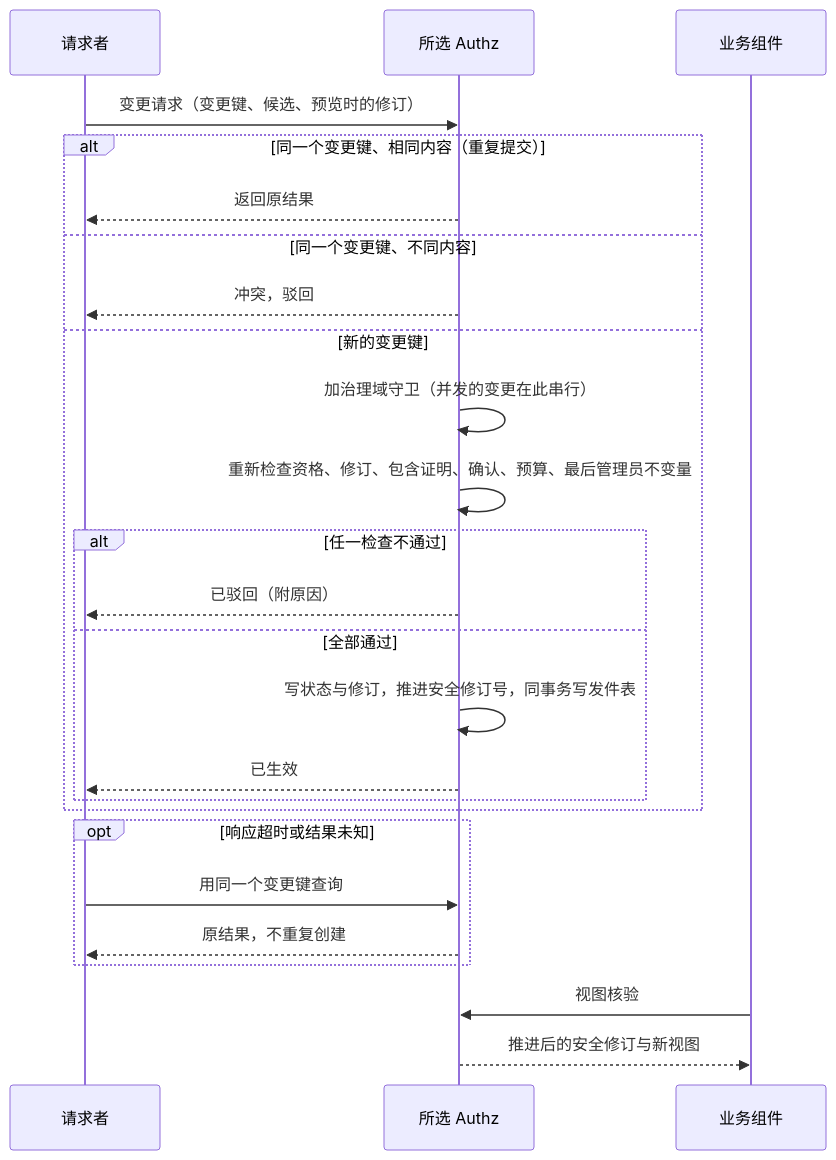
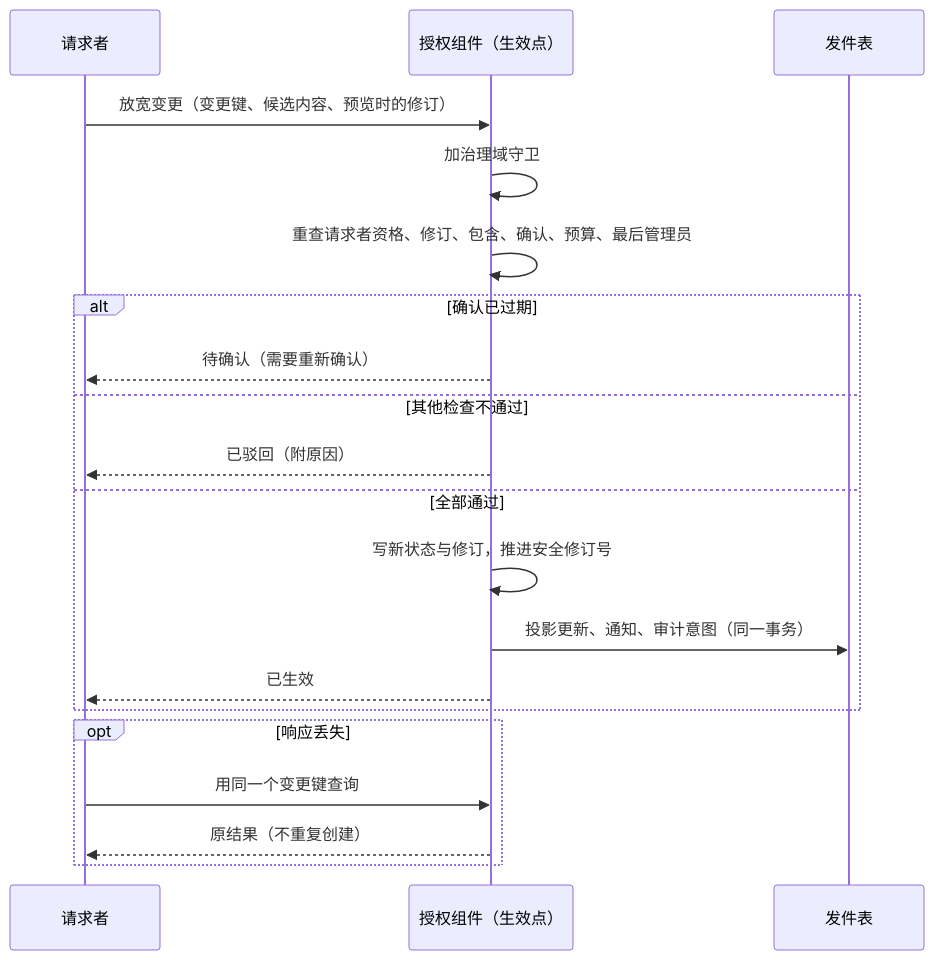
One commit to brickKit/be-assembly-standard changed the first of 2 diagrams in tempDocs/final/06-protocols/security/08-state-and-change-protocol.md. Above: the diagram before and after it, drawn with Mermaid. The commit also changed other lines of this file and 13 other files, not shown here.

````diff
--- a/tempDocs/final/06-protocols/security/08-state-and-change-protocol.md
+++ b/tempDocs/final/06-protocols/security/08-state-and-change-protocol.md
@@ -110,27 +130,22 @@
 ```mermaid
 sequenceDiagram
     participant R as 请求者
-    participant A as 所选 Authz
-    participant C as 业务组件
-    R->>A: 变更请求（变更键、候选、预览时的修订）
-    alt 同一个变更键、相同内容（重复提交）
-        A-->>R: 返回原结果
-    else 同一个变更键、不同内容
-        A-->>R: 冲突，驳回
-    else 新的变更键
-        A->>A: 加治理域守卫（并发的变更在此串行）
-        A->>A: 重新检查资格、修订、包含证明、确认、预算、最后管理员不变量
-        alt 任一检查不通过
-            A-->>R: 已驳回（附原因）
-        else 全部通过
-            A->>A: 写状态与修订，推进安全修订号，同事务写发件表
-            A-->>R: 已生效
-        end
+    participant Z as 授权组件（生效点）
+    participant O as 发件表
+    R->>Z: 放宽变更（变更键、候选内容、预览时的修订）
+    Z->>Z: 加治理域守卫
+    Z->>Z: 重查请求者资格、修订、包含、确认、预算、最后管理员
+    alt 确认已过期
+        Z-->>R: 待确认（需要重新确认）
+    else 其他检查不通过
+        Z-->>R: 已驳回（附原因）
+    else 全部通过
+        Z->>Z: 写新状态与修订，推进安全修订号
+        Z->>O: 投影更新、通知、审计意图（同一事务）
+        Z-->>R: 已生效
     end
-    opt 响应超时或结果未知
-        R->>A: 用同一个变更键查询
-        A-->>R: 原结果，不重复创建
+    opt 响应丢失
+        R->>Z: 用同一个变更键查询
+        Z-->>R: 原结果（不重复创建）
     end
-    C->>A: 视图核验
-    A-->>C: 推进后的安全修订与新视图
 ```
````
